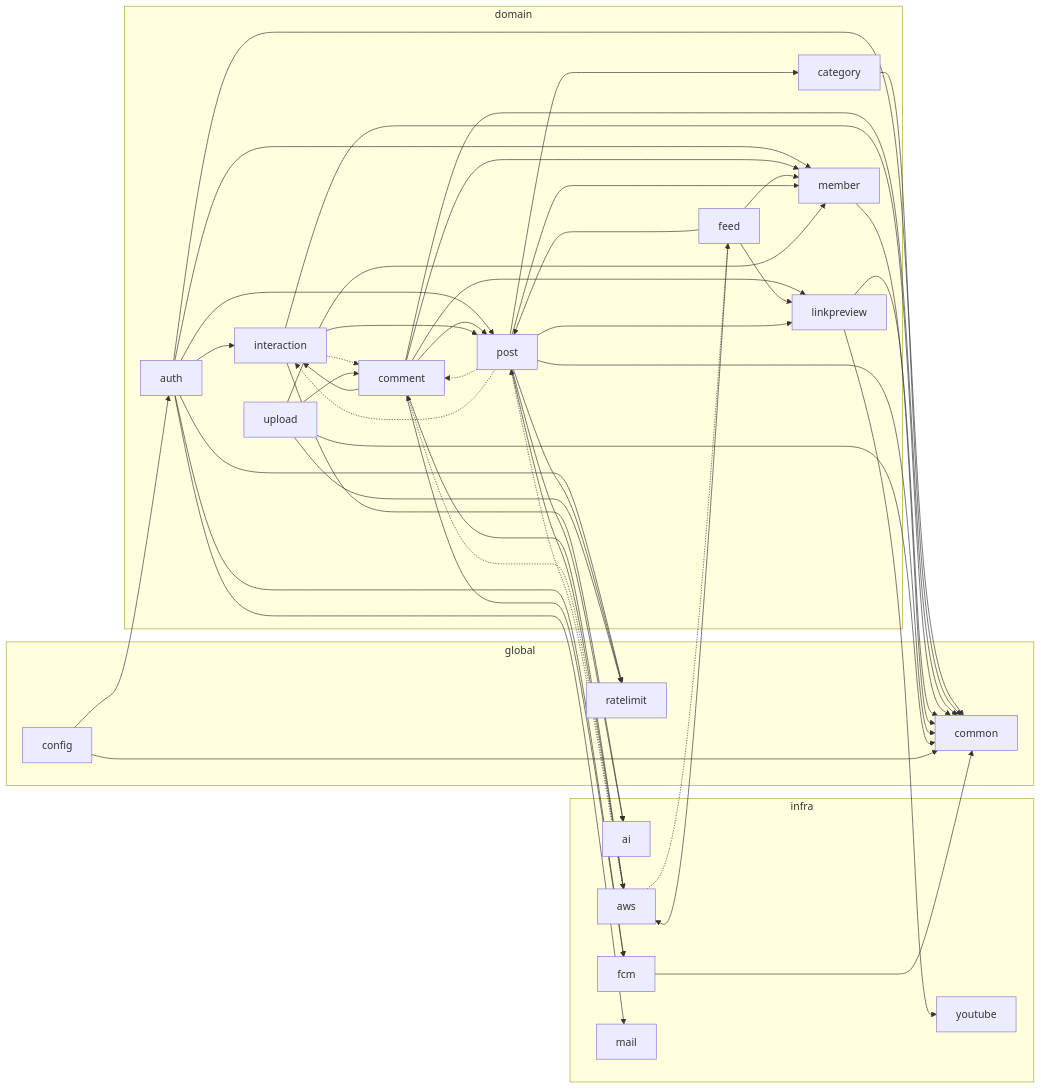
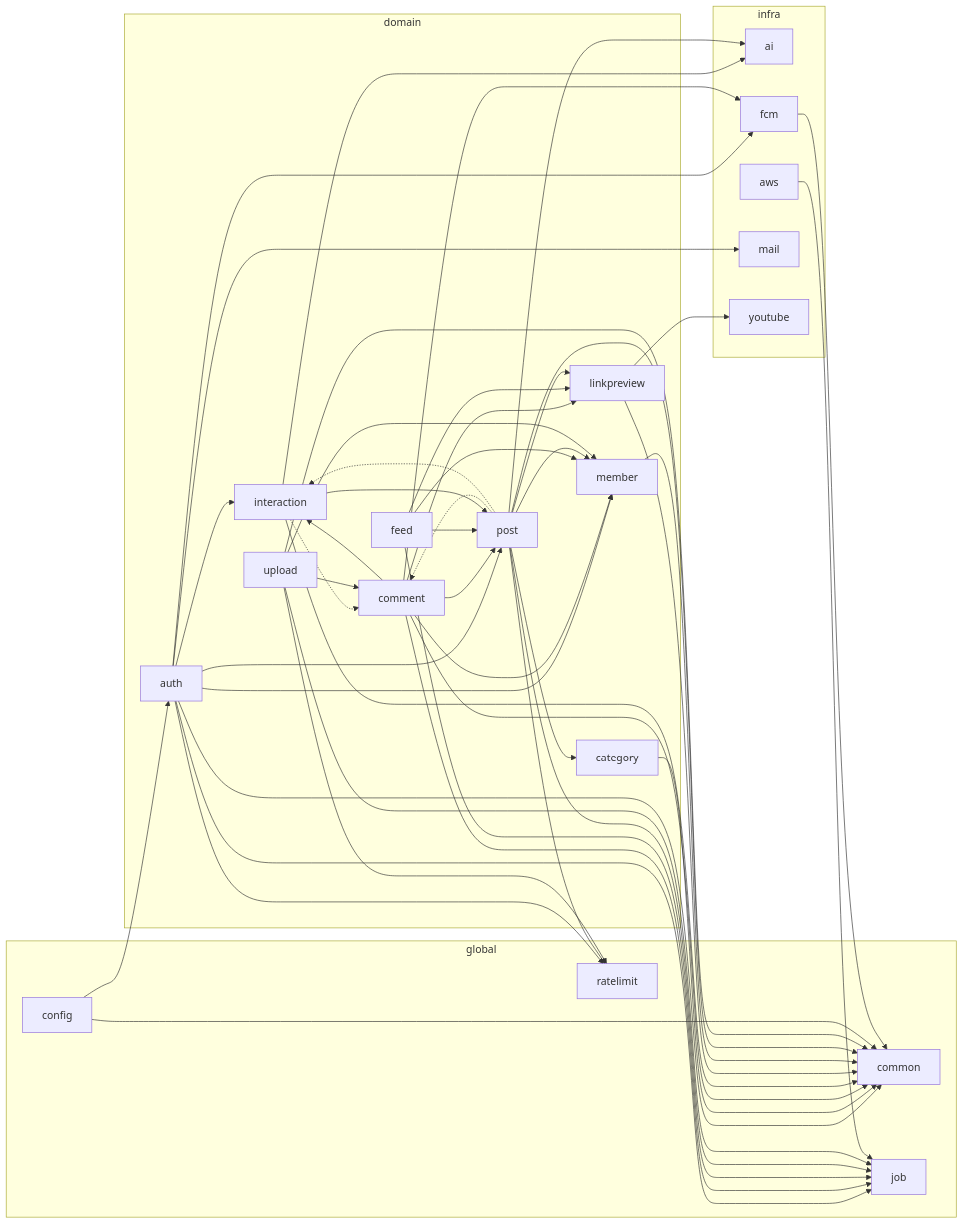
One commit to BAECHAN/link-sphere_BE_NEW changed the second of 4 diagrams in docs/BE-ARCHITECTURE.md. Above: the diagram before and after it, drawn with Mermaid. The commit also changed other lines of this file and 39 other files, not shown here.

````diff
--- a/docs/BE-ARCHITECTURE.md
+++ b/docs/BE-ARCHITECTURE.md
@@ -85,71 +92,72 @@
 ```mermaid
 flowchart LR
   subgraph domain
     domain_auth["auth"]
     domain_category["category"]
     domain_comment["comment"]
     domain_feed["feed"]
     domain_interaction["interaction"]
     domain_linkpreview["linkpreview"]
     domain_member["member"]
     domain_post["post"]
     domain_upload["upload"]
   end
   subgraph global
     global_common["common"]
     global_config["config"]
+    global_job["job"]
     global_ratelimit["ratelimit"]
   end
   subgraph infra
     infra_ai["ai"]
     infra_aws["aws"]
     infra_fcm["fcm"]
     infra_mail["mail"]
     infra_youtube["youtube"]
   end
   domain_auth --> domain_interaction
   domain_auth --> domain_member
   domain_auth --> domain_post
   domain_auth --> global_common
+  domain_auth --> global_job
   domain_auth --> global_ratelimit
   domain_auth --> infra_fcm
   domain_auth --> infra_mail
   domain_category --> global_common
   domain_comment --> domain_interaction
   domain_comment --> domain_linkpreview
   domain_comment --> domain_member
   domain_comment --> domain_post
   domain_comment --> global_common
-  domain_comment --> infra_aws
+  domain_comment --> global_job
   domain_comment --> infra_fcm
   domain_feed --> domain_linkpreview
   domain_feed --> domain_member
   domain_feed --> domain_post
-  domain_feed --> infra_aws
+  domain_feed --> global_job
   domain_interaction -.-> domain_comment
   domain_interaction --> domain_post
   domain_interaction --> global_common
   domain_interaction --> infra_ai
   domain_linkpreview --> global_common
   domain_linkpreview --> infra_youtube
   domain_member --> global_common
   domain_post --> domain_category
   domain_post -.-> domain_comment
   domain_post -.-> domain_interaction
   domain_post --> domain_linkpreview
   domain_post --> domain_member
   domain_post --> global_common
+  domain_post --> global_job
   domain_post --> global_ratelimit
   domain_post --> infra_ai
-  domain_post --> infra_aws
   domain_upload --> domain_comment
   domain_upload --> domain_member
   domain_upload --> global_common
+  domain_upload --> global_job
   domain_upload --> global_ratelimit
   global_config --> domain_auth
   global_config --> global_common
-  infra_aws -.-> domain_comment
-  infra_aws -.-> domain_feed
-  infra_aws -.-> domain_post
+  infra_aws --> global_job
   infra_fcm --> global_common
 ```
````
